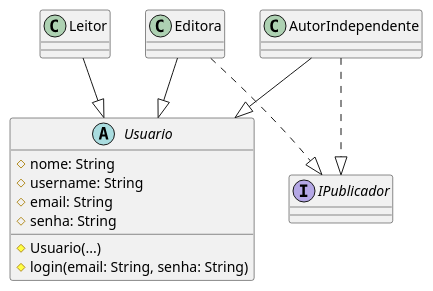
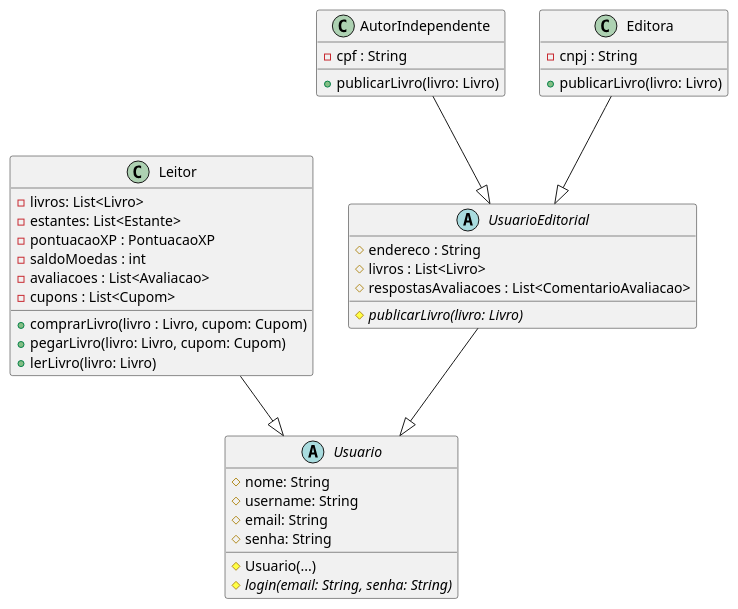
Before and after one commit to jalv21/iLib: the diagram in docs/codigo-plantuml/diagrama-classe.puml, drawn with PlantUML.

Commit message:
criando classes de usuários - restaurando lógica antiga de herança

```diff
--- a/docs/codigo-plantuml/diagrama-classe.puml
+++ b/docs/codigo-plantuml/diagrama-classe.puml
@@ -1,35 +1,47 @@
 @startuml diagrama-de-classes
 
 ' Usuários e suas funções e permissões no sistema
 
 abstract class Usuario {
     # nome: String
     # username: String
     # email: String
     # senha: String
     # Usuario(...)
-    # login(email: String, senha: String)
+    # login(email: String, senha: String) {abstract}
 }
 
 class Leitor {
-    
+    - livros: List<Livro>
+    - estantes: List<Estante>
+    - pontuacaoXP : PontuacaoXP
+    - saldoMoedas : int
+    - avaliacoes : List<Avaliacao>
+    - cupons : List<Cupom>
+    + comprarLivro(livro : Livro, cupom: Cupom)
+    + pegarLivro(livro: Livro, cupom: Cupom)
+    + lerLivro(livro: Livro)
 }
 Leitor --|> Usuario
 
-interface IPublicador {
-
+abstract class UsuarioEditorial {
+    # endereco : String
+    # livros : List<Livro>
+    # respostasAvaliacoes : List<ComentarioAvaliacao>
+    # publicarLivro(livro: Livro) {abstract}
 }
+UsuarioEditorial --|> Usuario
 
 class AutorIndependente {
-
+    - cpf : String
+    + publicarLivro(livro: Livro)
 }
-AutorIndependente --|> Usuario
-AutorIndependente ..|> IPublicador
+AutorIndependente --|> UsuarioEditorial
 
 class Editora {
-
+    - cnpj : String
+    + publicarLivro(livro: Livro) 
 }
-Editora --|> Usuario
-Editora ..|> IPublicador
+Editora --|> UsuarioEditorial
 
 @enduml
```
